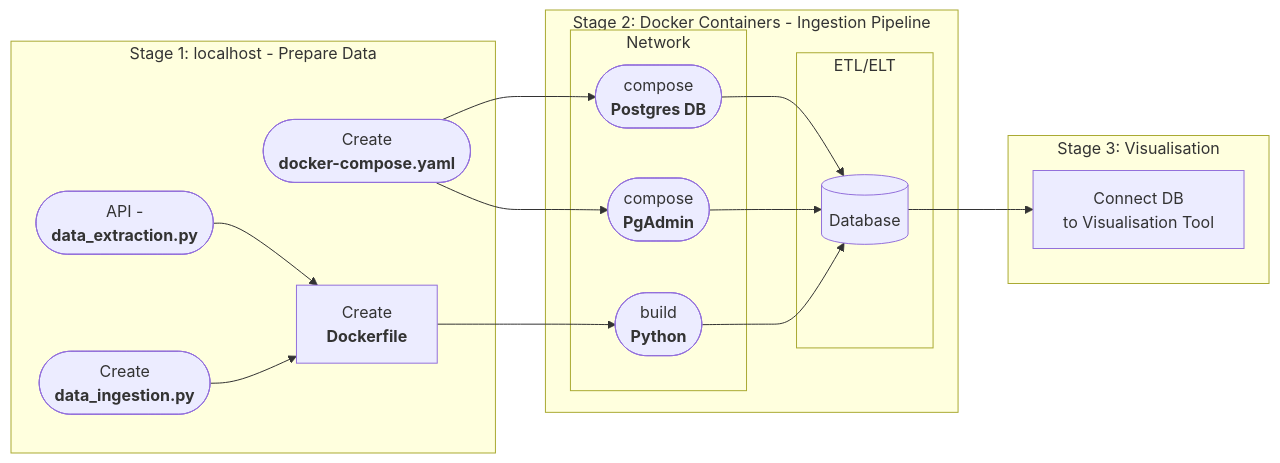
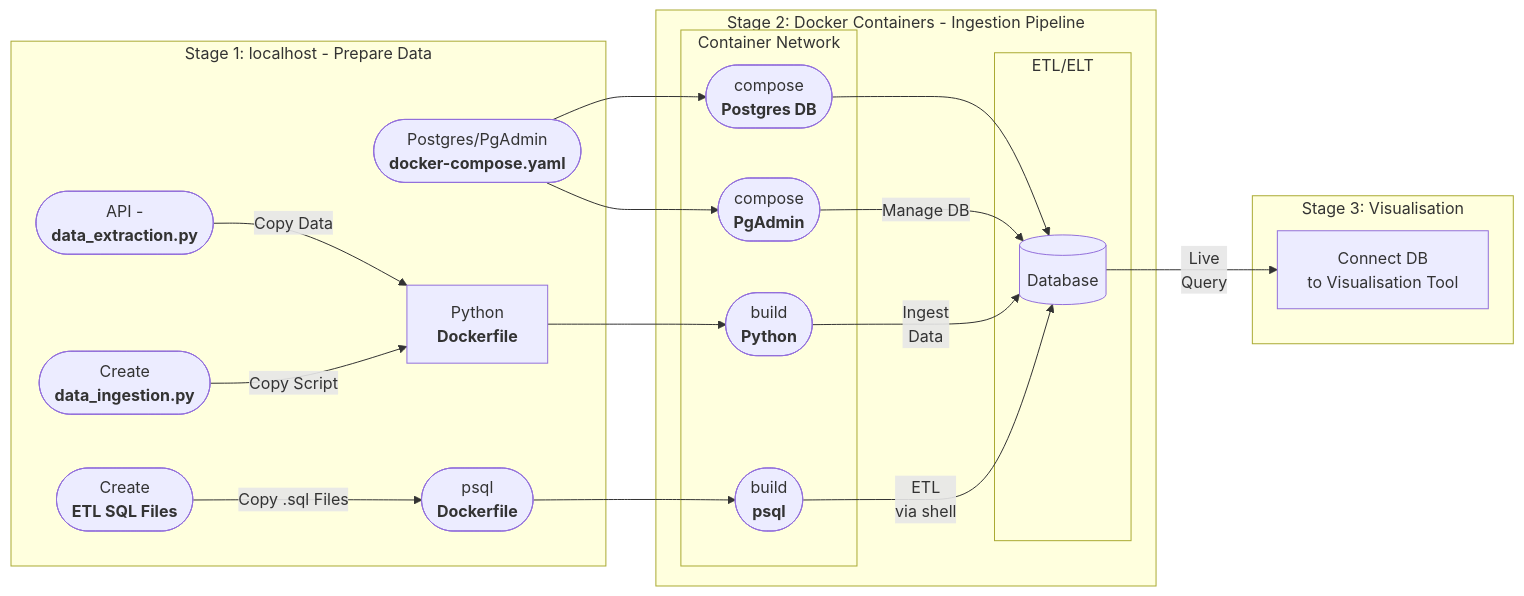
The diagram in content/projects/2024-01-16-docker-ingestion.md (Filpill/blog-web), drawn with Mermaid before and after one commit. The commit also changed other lines of this file, not shown here.

Commit message:
added psql section

```diff
--- a/content/projects/2024-01-16-docker-ingestion.md
+++ b/content/projects/2024-01-16-docker-ingestion.md
@@ -31,31 +32,35 @@
 {{<mermaid>}}
 
 graph LR;
     subgraph Stage 1: localhost - Prepare Data
     0([API - <br><strong>data_extraction.py</strong>])
     1([Create <br><strong>data_ingestion.py</strong>])
-    2([Create <br><strong>docker-compose.yaml</strong>])
-    3[Create <br><strong>Dockerfile</strong>]
-    0-->3
-    1-->3
+    cli0([Create <br><strong>ETL SQL Files</strong>])
+    2([Postgres/PgAdmin <br><strong>docker-compose.yaml</strong>])
+    3[Python <br><strong>Dockerfile</strong>]
+    cli0--Copy .sql Files--> cli1([psql<br><strong>Dockerfile</strong>])
+    0--Copy Data-->3
+    1--Copy Script-->3
     end
 
     subgraph Stage 2: Docker Containers - Ingestion Pipeline
-    subgraph Network 
+    subgraph Container Network 
     2-->D0([compose <br><strong>Postgres DB</strong>])
     2-->D1([compose <br><strong>PgAdmin</strong>])
     3-->D2([build <br><strong>Python</strong>])
+    cli1-->cli2([build <br><strong>psql</strong>])
     end
 
     subgraph ETL/ELT 
     D0-->DB[(Database)]
-    D1-->DB
-    D2-->DB
+    D1--Manage DB-->DB
+    D2--Ingest<br>Data-->DB
+    cli2--ETL <br>via shell -->DB
     end
     end                                        
 
     subgraph Stage 3: Visualisation
-    DB-->viz[Connect DB <br>to Visualisation Tool]
+    DB--Live<br>Query-->viz[Connect DB <br>to Visualisation Tool]
     end
     
 {{</mermaid>}}
```
